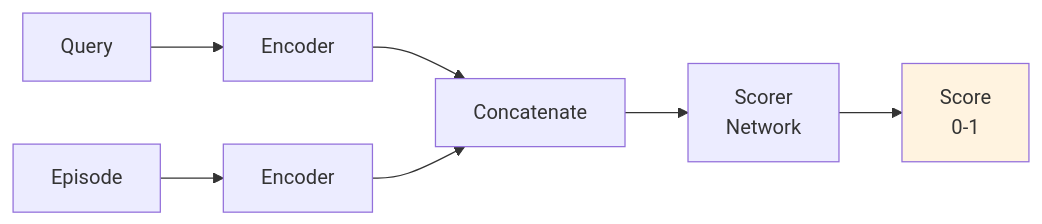
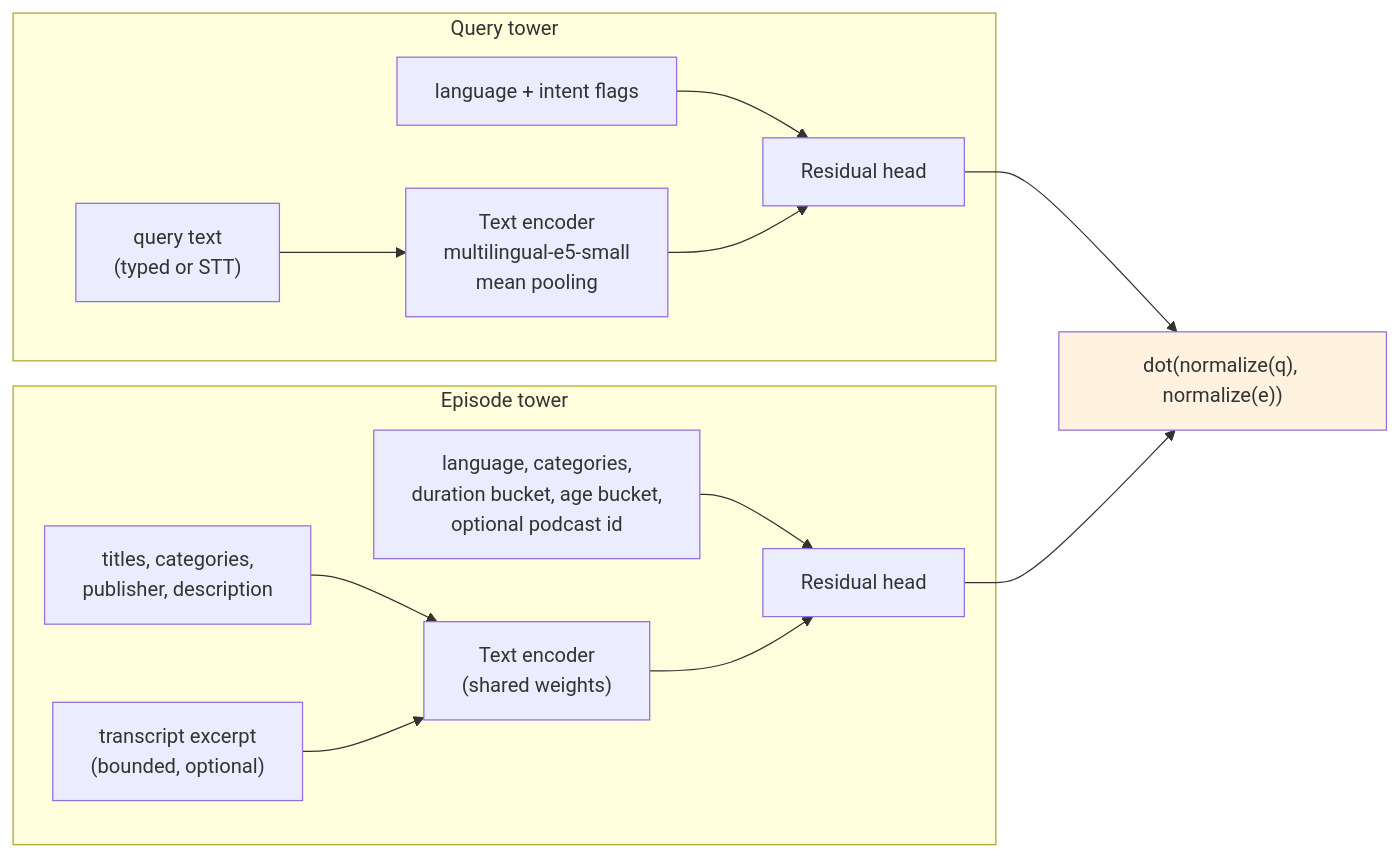
One commit to poornanat1/podcast-retrieval changed the first of 3 diagrams in docs/08-models.md. Above: the diagram before and after it, drawn with Mermaid. The commit also changed other lines of this file and 11 other files, not shown here.

First line of the commit message:
feat: add two-tower retrieval model with a shared feature contract

````diff
--- a/docs/08-models.md
+++ b/docs/08-models.md
@@ -18,12 +21,17 @@
 ```mermaid
 graph LR
-    A["Query"] --> B["Encoder"]
-    B --> C["Concatenate"]
-    C --> D["Scorer<br/>Network"]
-    D --> E["Score<br/>0-1"]
-    
-    F["Episode"] --> G["Encoder"]
-    G --> C
-    
-    style E fill:#fff3e0
+    subgraph Query tower
+        QT["query text<br/>(typed or STT)"] --> ENC["Text encoder<br/>multilingual-e5-small<br/>mean pooling"]
+        QC["language + intent flags"] --> QH["Residual head"]
+        ENC --> QH
+    end
+    subgraph Episode tower
+        META["titles, categories,<br/>publisher, description"] --> ENC2["Text encoder<br/>(shared weights)"]
+        TR["transcript excerpt<br/>(bounded, optional)"] --> ENC2
+        ST["language, categories,<br/>duration bucket, age bucket,<br/>optional podcast id"] --> EH["Residual head"]
+        ENC2 --> EH
+    end
+    QH --> S["dot(normalize(q), normalize(e))"]
+    EH --> S
+    style S fill:#fff3e0
 ```
````
